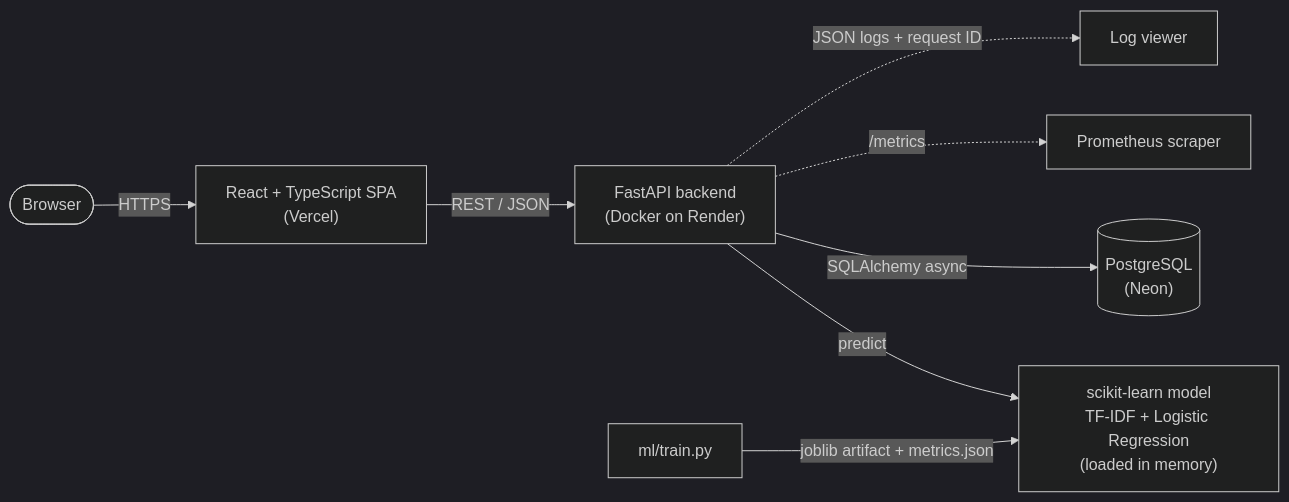
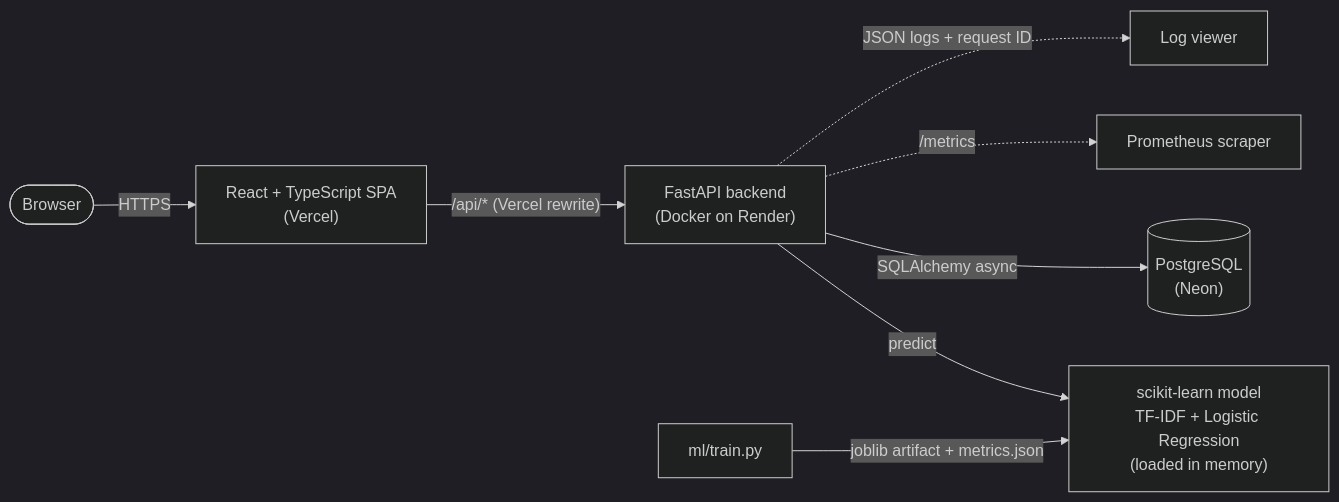
The diagram in README.md (VydyaP/ticketsense), drawn with Mermaid (dark theme) before and after one commit. The commit also changed other lines of this file and 3 other files, not shown here.

````diff
--- a/README.md
+++ b/README.md
@@ -26,10 +28,10 @@
 ```mermaid
 flowchart LR
     U([Browser]) -->|HTTPS| FE["React + TypeScript SPA<br/>(Vercel)"]
-    FE -->|REST / JSON| API["FastAPI backend<br/>(Docker on Render)"]
+    FE -->|"/api/* (Vercel rewrite)"| API["FastAPI backend<br/>(Docker on Render)"]
     API -->|predict| ML["scikit-learn model<br/>TF-IDF + Logistic Regression<br/>(loaded in memory)"]
     API -->|SQLAlchemy async| DB[("PostgreSQL<br/>(Neon)")]
     API -.->|/metrics| P[Prometheus scraper]
     API -.->|JSON logs + request ID| L[Log viewer]
     T["ml/train.py"] -->|joblib artifact + metrics.json| ML
 ```
````
